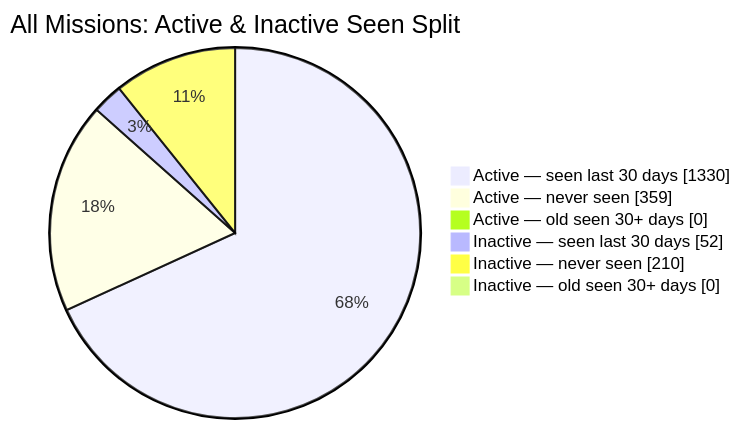
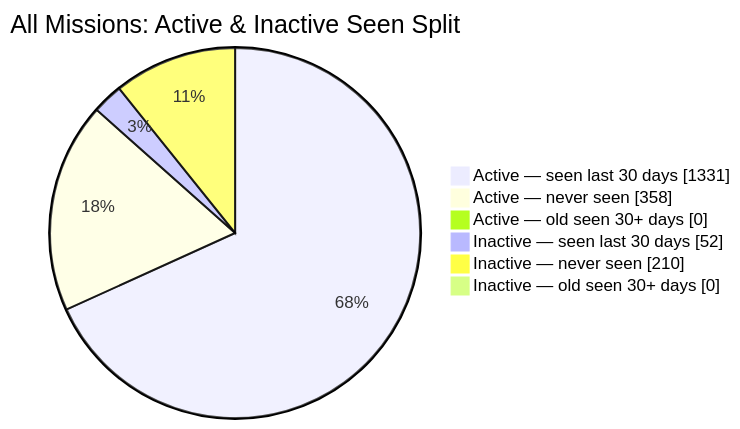
The second of 2 diagrams in README.md (MeldkamerspelGameTeam/active-missions), drawn with Mermaid before and after one commit. The commit also changed other lines of this file and 3 other files, not shown here.

````diff
--- a/README.md
+++ b/README.md
@@ -44,10 +44,10 @@
 ```mermaid
 pie showData
     title All Missions: Active & Inactive Seen Split
-    "Active — seen last 30 days" : 1330
-    "Active — never seen" : 359
+    "Active — seen last 30 days" : 1331
+    "Active — never seen" : 358
     "Active — old seen 30+ days" : 0
     "Inactive — seen last 30 days" : 52
     "Inactive — never seen" : 210
     "Inactive — old seen 30+ days" : 0
 ```
````
